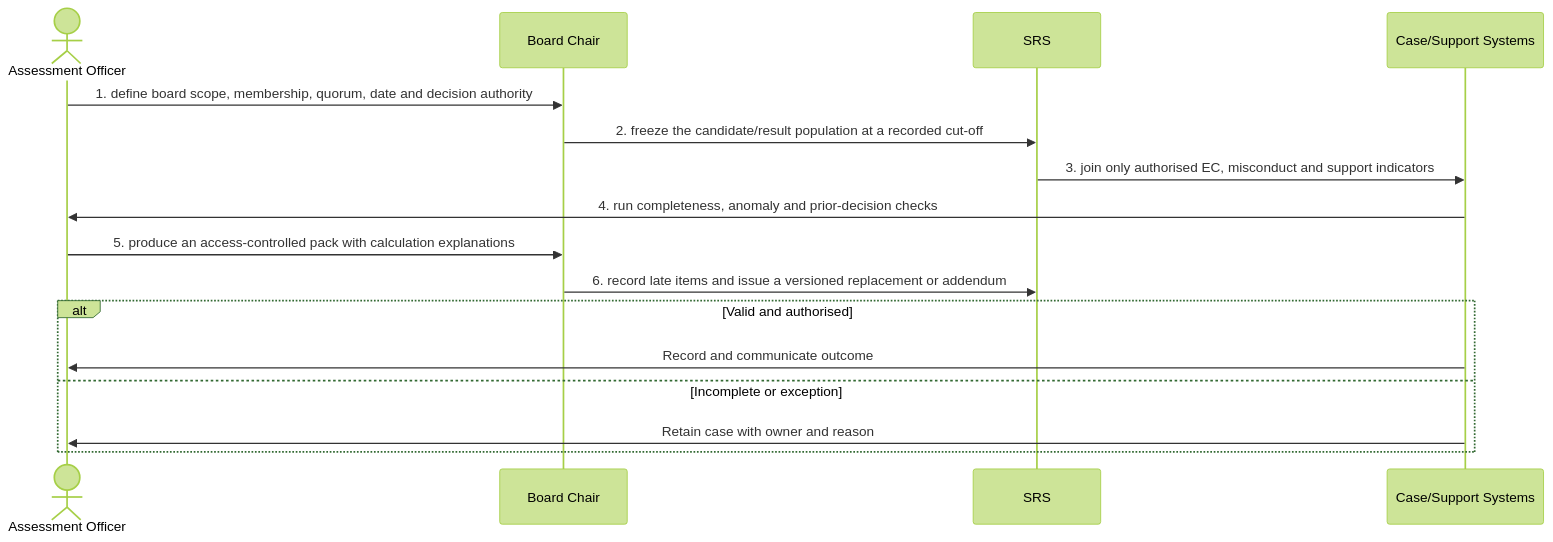
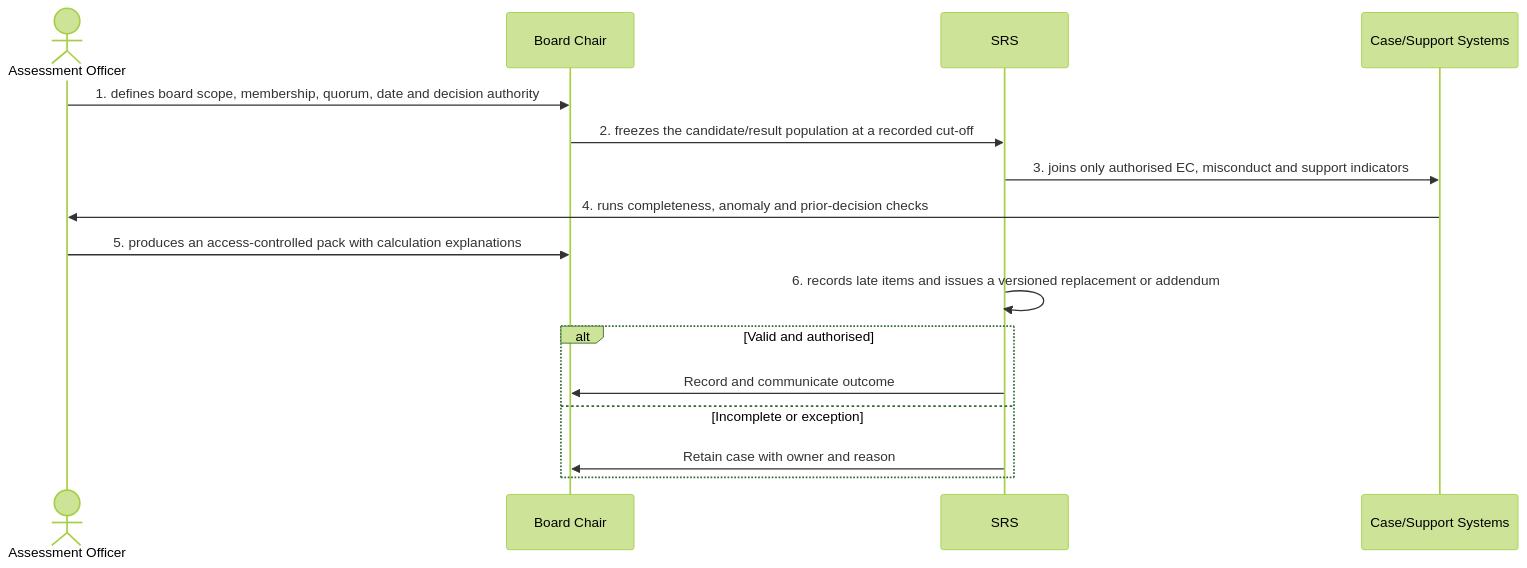
The diagram in docs/business-processes/05-assessment-and-results/bp-05-007-prepare-an-exam-board-and-data-pack.md (RevelationCore/Revelation-SRS), drawn with Mermaid (forest theme) before and after one commit. The commit also changed other lines of this file and 96 other files, not shown here.

````diff
--- a/docs/business-processes/05-assessment-and-results/bp-05-007-prepare-an-exam-board-and-data-pack.md
+++ b/docs/business-processes/05-assessment-and-results/bp-05-007-prepare-an-exam-board-and-data-pack.md
@@ -158,18 +158,18 @@
 ```mermaid
 sequenceDiagram
     actor A1 as Assessment Officer
     participant A2 as Board Chair
     participant A3 as SRS
     participant A4 as Case/Support Systems
-    A1->>A2: 1. define board scope, membership, quorum, date and decision authority
-    A2->>A3: 2. freeze the candidate/result population at a recorded cut-off
-    A3->>A4: 3. join only authorised EC, misconduct and support indicators
-    A4->>A1: 4. run completeness, anomaly and prior-decision checks
-    A1->>A2: 5. produce an access-controlled pack with calculation explanations
-    A2->>A3: 6. record late items and issue a versioned replacement or addendum
+    A1->>A2: 1. defines board scope, membership, quorum, date and decision authority
+    A2->>A3: 2. freezes the candidate/result population at a recorded cut-off
+    A3->>A4: 3. joins only authorised EC, misconduct and support indicators
+    A4->>A1: 4. runs completeness, anomaly and prior-decision checks
+    A1->>A2: 5. produces an access-controlled pack with calculation explanations
+    A3->>A3: 6. records late items and issues a versioned replacement or addendum
     alt Valid and authorised
-        A4->>A1: Record and communicate outcome
+        A3->>A2: Record and communicate outcome
     else Incomplete or exception
-        A4->>A1: Retain case with owner and reason
+        A3->>A2: Retain case with owner and reason
     end
 ```
````
